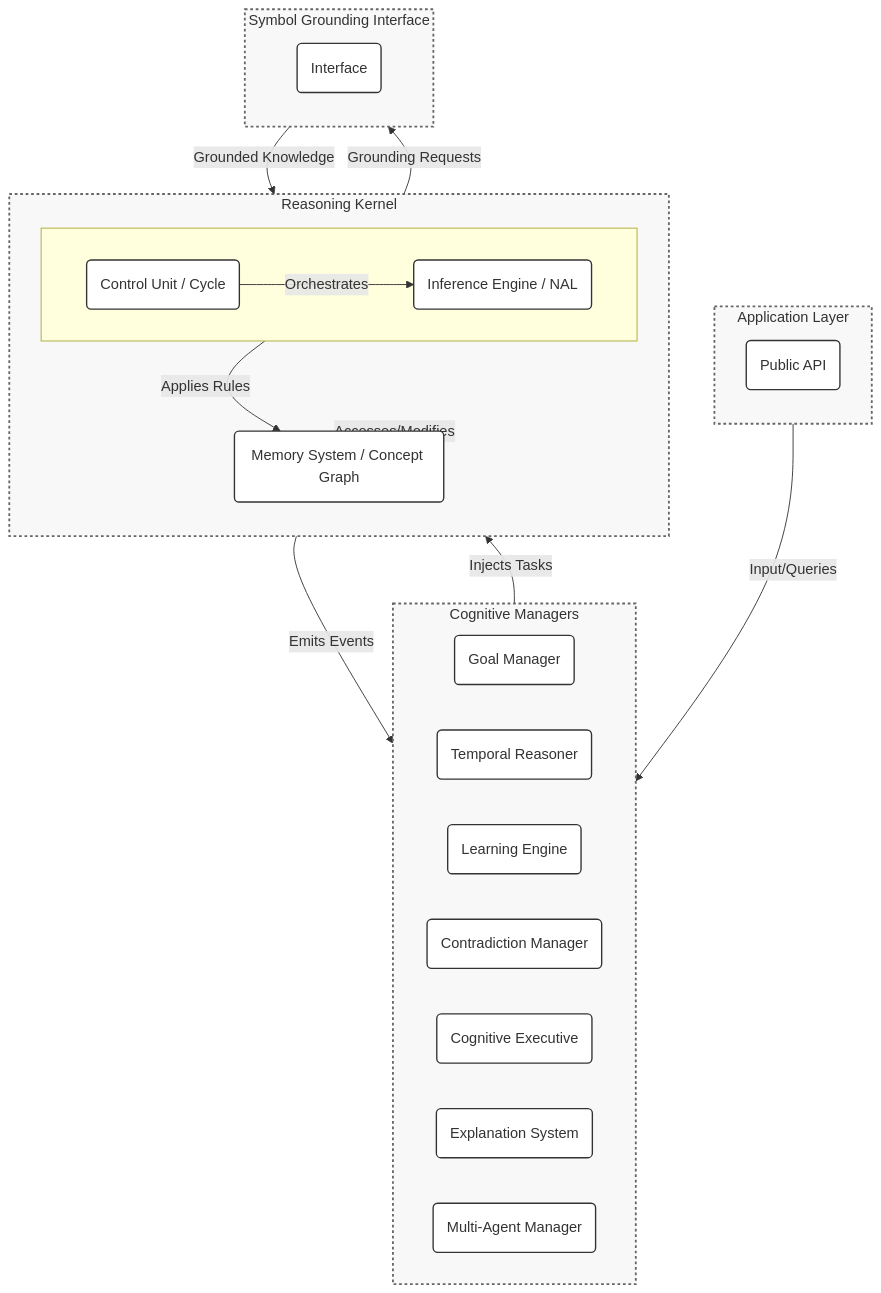
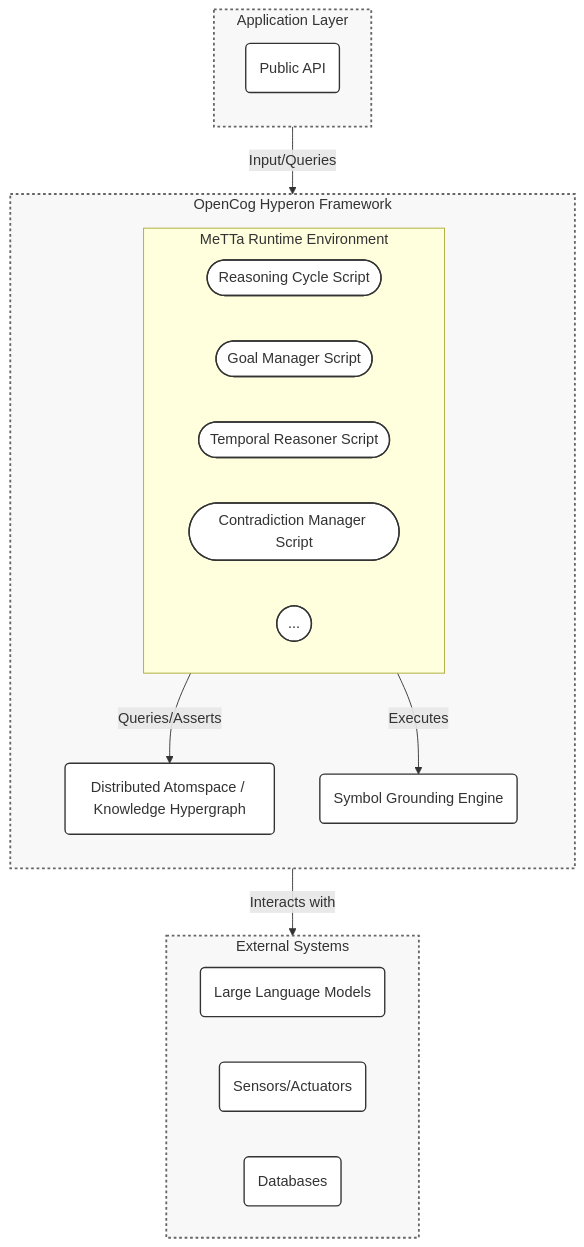
The diagram in README.md (automenta/hypernars2), drawn with Mermaid before and after one commit. The commit also changed other lines of this file, not shown here.

Commit message:
Integrate Hyperon and MeTTa into the HyperNARS specification

````diff
--- a/README.md
+++ b/README.md
@@ -75,46 +59,37 @@
 ```mermaid
 graph TD
     subgraph AppLayer [Application Layer]
         direction TB
         API(Public API)
     end
 
-    subgraph CogManagers [Cognitive Managers]
-        direction LR
-        GoalManager(Goal Manager)
-        TemporalReasoner(Temporal Reasoner)
-        LearningEngine(Learning Engine)
-        ContradictionManager(Contradiction Manager)
-        MetaReasoner(Cognitive Executive)
-        ExplanationSystem(Explanation System)
-        MultiAgentManager(Multi-Agent Manager)
+    subgraph HyperonFramework [OpenCog Hyperon Framework]
+        direction TB
+        subgraph MeTTaEngine [MeTTa Runtime Environment]
+            direction LR
+            ReasoningCycle([Reasoning Cycle Script])
+            GoalManager([Goal Manager Script])
+            TemporalReasoner([Temporal Reasoner Script])
+            ContradictionManager([Contradiction Manager Script])
+            OtherManagers([...])
+        end
+        Atomspace(Distributed Atomspace / Knowledge Hypergraph)
+        Grounding(Symbol Grounding Engine)
     end
 
-    subgraph Kernel [Reasoning Kernel]
-        direction TB
-        subgraph ControlInference [ ]
-            direction LR
-            ControlUnit(Control Unit / Cycle)
-            InferenceEngine(Inference Engine / NAL)
-        end
-        MemorySystem(Memory System / Concept Graph)
+    subgraph ExternalSystems [External Systems]
+        direction LR
+        LLM(Large Language Models)
+        Sensors(Sensors/Actuators)
+        Databases(Databases)
     end
 
-    subgraph Grounding [Symbol Grounding Interface]
-        direction TB
-        GroundingInterface(Interface)
-    end
-
-    API -- "Input/Queries" --> CogManagers
-    CogManagers -- "Injects Tasks" --> Kernel
-    Kernel -- "Emits Events" --> CogManagers
-    Kernel -- "Accesses/Modifies" --> MemorySystem
-    InferenceEngine -- "Applies Rules" --> MemorySystem
-    ControlUnit -- "Orchestrates" --> InferenceEngine
-    Kernel -- "Grounding Requests" --> Grounding
-    Grounding -- "Grounded Knowledge" --> Kernel
+    API -- "Input/Queries" --> MeTTaEngine
+    MeTTaEngine -- "Queries/Asserts" --> Atomspace
+    MeTTaEngine -- "Executes" --> Grounding
+    Grounding -- "Interacts with" --> ExternalSystems
 
     classDef default fill:#fff,stroke:#333,stroke-width:1.5px;
     classDef layer fill:#f8f8f8,stroke:#666,stroke-width:2px,stroke-dasharray: 3 3;
-    class AppLayer,CogManagers,Kernel,Grounding layer;
+    class AppLayer,HyperonFramework,ExternalSystems layer;
 ```
````
